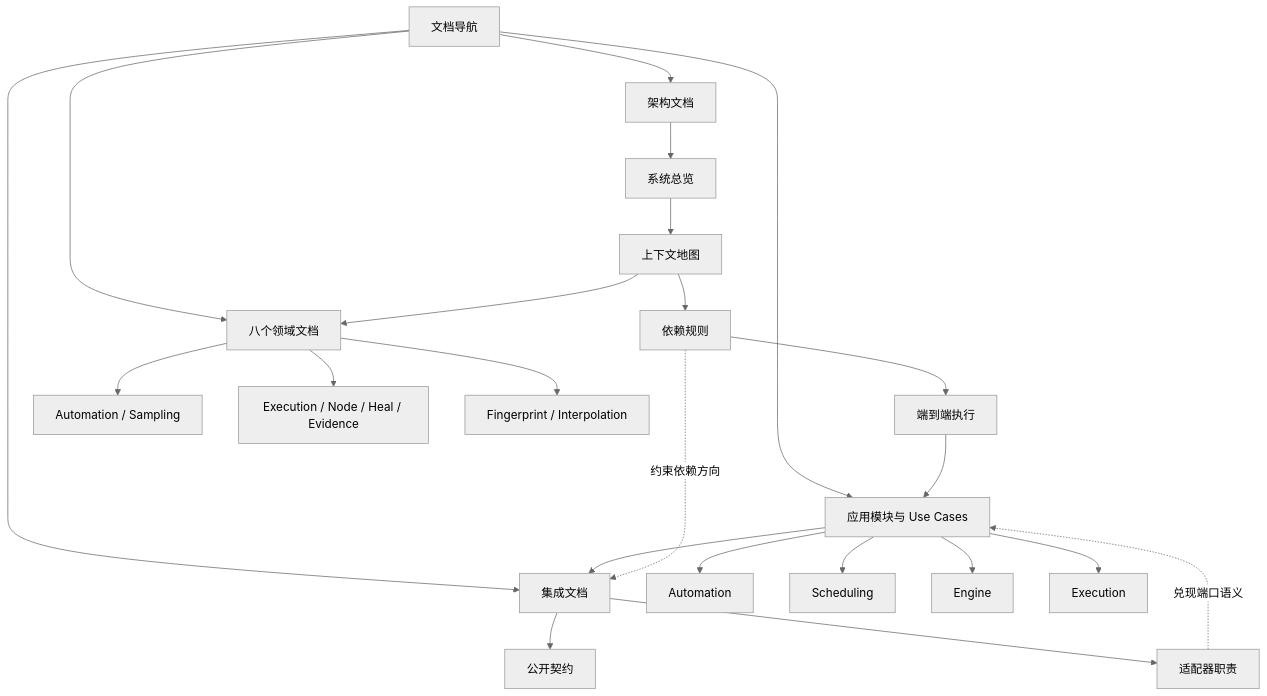
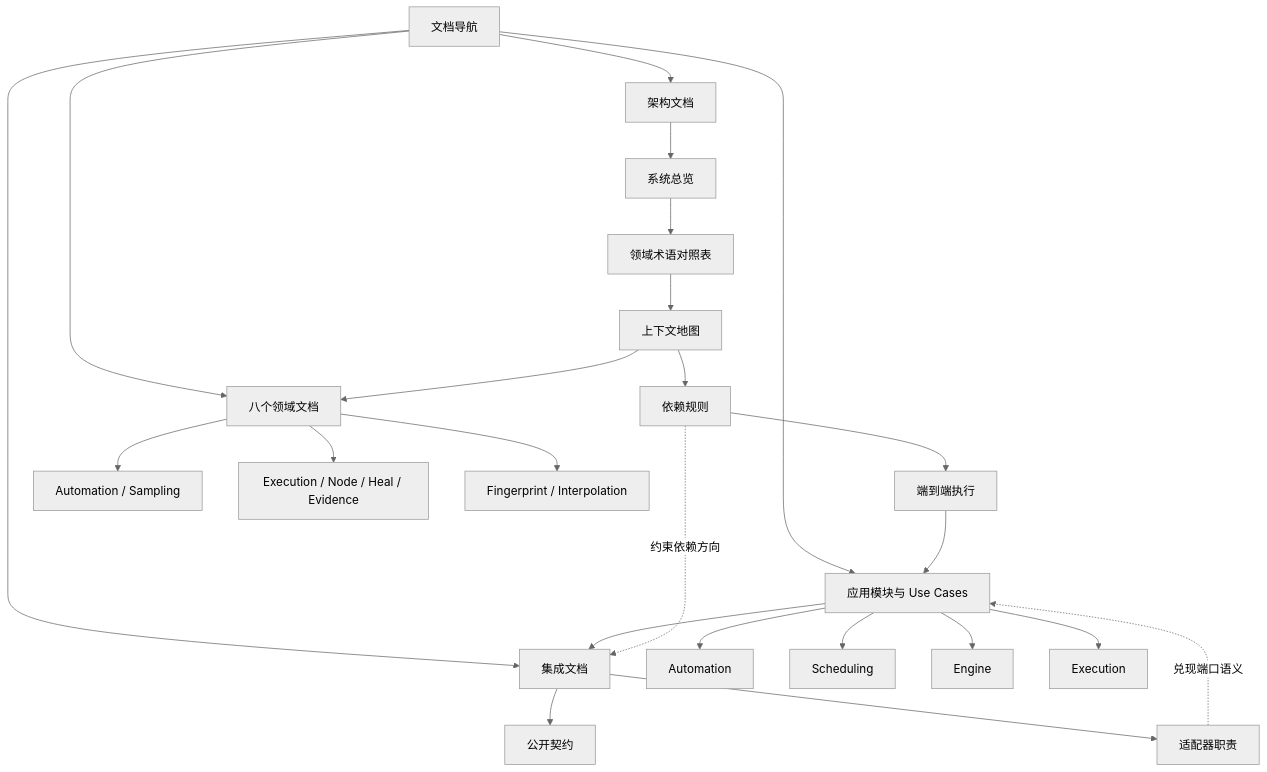
The diagram in docs/README.md (Capsule7446/healix-core), drawn with Mermaid (neutral theme) before and after one commit. The commit also changed other lines of this file and 1 other file, not shown here.

First line of the commit message:
docs(domain): add terminology reference (#7)

````diff
--- a/docs/README.md
+++ b/docs/README.md
@@ -50,29 +51,30 @@
 ```mermaid
 flowchart TD
   Portal[文档导航] --> Architecture[架构文档]
   Portal --> Domains[八个领域文档]
   Portal --> Applications[应用模块与 Use Cases]
   Portal --> Integration[集成文档]
 
   Architecture --> Overview[系统总览]
-  Overview --> Context[上下文地图]
+  Overview --> Terminology[领域术语对照表]
+  Terminology --> Context[上下文地图]
   Context --> Dependencies[依赖规则]
   Dependencies --> E2E[端到端执行]
 
   Context --> Domains
   Domains --> AutomationDomain[Automation / Sampling]
   Domains --> ExecutionDomain[Execution / Node / Heal / Evidence]
   Domains --> SharedKernel[Fingerprint / Interpolation]
 
   E2E --> Applications
   Applications --> AutomationApp[Automation]
   Applications --> SchedulingApp[Scheduling]
   Applications --> EngineApp[Engine]
   Applications --> ExecutionApp[Execution]
 
   Applications --> Integration
   Integration --> PublicContract[公开契约]
   Integration --> AdapterResponsibilities[适配器职责]
   AdapterResponsibilities -.兑现端口语义.-> Applications
   Dependencies -.约束依赖方向.-> Integration
 ```
````
